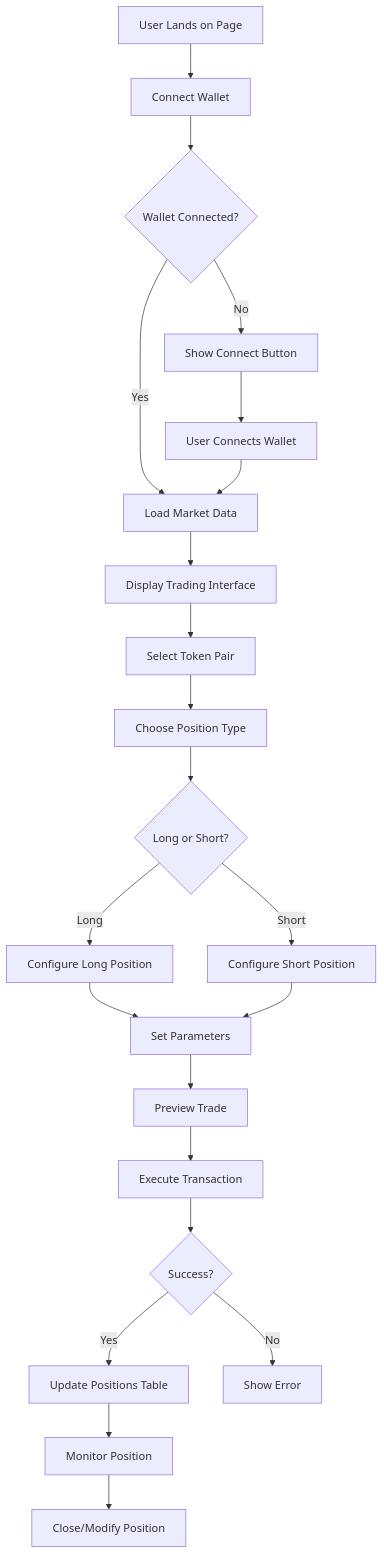
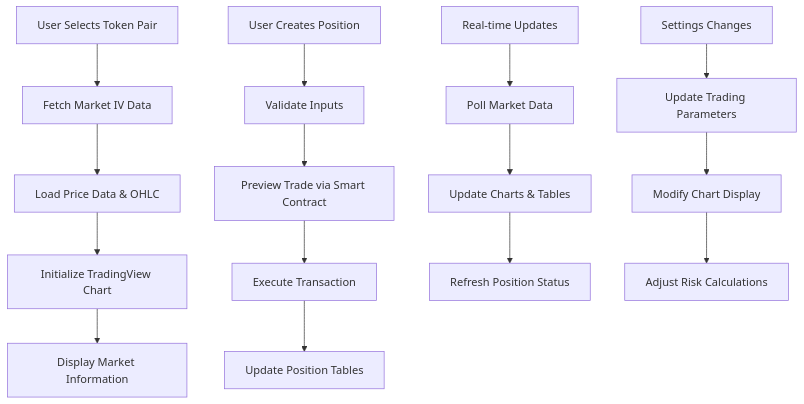
One commit to Timelock-Trade/timelock-frontend-monad-v2 changed the second of 2 diagrams in README.md. Above: the diagram before and after it, drawn with Mermaid. The commit also changed other lines of this file, not shown here.

Commit message:
docs: overhaul README to reflect project rebranding and enhanced features for Timelock Options Trading Frontend

````diff
--- a/README.md
+++ b/README.md
@@ -57,30 +51,20 @@
 ```mermaid
 flowchart TD
-    A[User Lands on Page] --> B[Connect Wallet]
-    B --> C{Wallet Connected?}
-    C -->|No| D[Show Connect Button]
-    C -->|Yes| E[Load Market Data]
+    A[User Selects Token Pair] --> B[Fetch Market IV Data]
+    B --> C[Load Price Data & OHLC]
+    C --> D[Initialize TradingView Chart]
+    D --> E[Display Market Information]
     
-    E --> F[Display Trading Interface]
-    F --> G[Select Token Pair]
-    G --> H[Choose Position Type]
+    F[User Creates Position] --> G[Validate Inputs]
+    G --> H[Preview Trade via Smart Contract]
+    H --> I[Execute Transaction]
+    I --> J[Update Position Tables]
     
-    H --> I{Long or Short?}
-    I -->|Long| J[Configure Long Position]
-    I -->|Short| K[Configure Short Position]
+    K[Real-time Updates] --> L[Poll Market Data]
+    L --> M[Update Charts & Tables]
+    M --> N[Refresh Position Status]
     
-    J --> L[Set Parameters]
-    K --> L
-    L --> M[Preview Trade]
-    M --> N[Execute Transaction]
-    
-    N --> O{Success?}
-    O -->|Yes| P[Update Positions Table]
-    O -->|No| Q[Show Error]
-    
-    P --> R[Monitor Position]
-    R --> S[Close/Modify Position]
-    
-    D --> T[User Connects Wallet]
-    T --> E
+    O[Settings Changes] --> P[Update Trading Parameters]
+    P --> Q[Modify Chart Display]
+    Q --> R[Adjust Risk Calculations]
 ```
````
